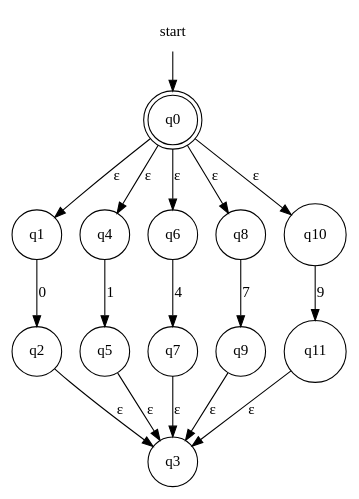
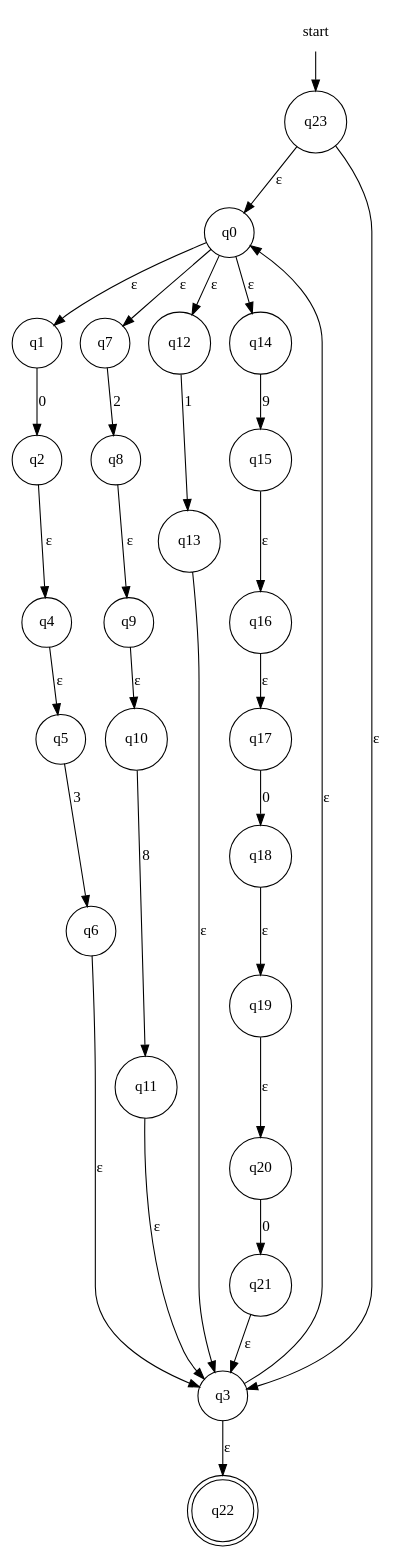
Before and after one commit to evertheylen/TA_TO: the diagram in fase1/RE-eNFA/regex_3.dot, drawn with Graphviz. The commit also changed 5 other files, not shown here.

```diff
--- a/fase1/RE-eNFA/regex_3.dot
+++ b/fase1/RE-eNFA/regex_3.dot
@@ -1,21 +1,34 @@
 digraph automaton {
     node [shape=none]; start;
-    node [shape=doublecircle]; "q0";
+    node [shape=doublecircle]; "q22";
     node [shape=circle];
-    start -> "q0";
+    start -> "q23";
     "q0" -> "q1" [label="&epsilon;"];
-    "q0" -> "q4" [label="&epsilon;"];
-    "q0" -> "q6" [label="&epsilon;"];
-    "q0" -> "q8" [label="&epsilon;"];
-    "q0" -> "q10" [label="&epsilon;"];
+    "q0" -> "q7" [label="&epsilon;"];
+    "q0" -> "q12" [label="&epsilon;"];
+    "q0" -> "q14" [label="&epsilon;"];
     "q1" -> "q2" [label="0"];
-    "q2" -> "q3" [label="&epsilon;"];
-    "q4" -> "q5" [label="1"];
-    "q5" -> "q3" [label="&epsilon;"];
-    "q6" -> "q7" [label="4"];
-    "q7" -> "q3" [label="&epsilon;"];
-    "q8" -> "q9" [label="7"];
-    "q9" -> "q3" [label="&epsilon;"];
-    "q10" -> "q11" [label="9"];
+    "q2" -> "q4" [label="&epsilon;"];
+    "q3" -> "q0" [label="&epsilon;"];
+    "q3" -> "q22" [label="&epsilon;"];
+    "q4" -> "q5" [label="&epsilon;"];
+    "q5" -> "q6" [label="3"];
+    "q6" -> "q3" [label="&epsilon;"];
+    "q7" -> "q8" [label="2"];
+    "q8" -> "q9" [label="&epsilon;"];
+    "q9" -> "q10" [label="&epsilon;"];
+    "q10" -> "q11" [label="8"];
     "q11" -> "q3" [label="&epsilon;"];
+    "q12" -> "q13" [label="1"];
+    "q13" -> "q3" [label="&epsilon;"];
+    "q14" -> "q15" [label="9"];
+    "q15" -> "q16" [label="&epsilon;"];
+    "q16" -> "q17" [label="&epsilon;"];
+    "q17" -> "q18" [label="0"];
+    "q18" -> "q19" [label="&epsilon;"];
+    "q19" -> "q20" [label="&epsilon;"];
+    "q20" -> "q21" [label="0"];
+    "q21" -> "q3" [label="&epsilon;"];
+    "q23" -> "q0" [label="&epsilon;"];
+    "q23" -> "q3" [label="&epsilon;"];
 }
```
